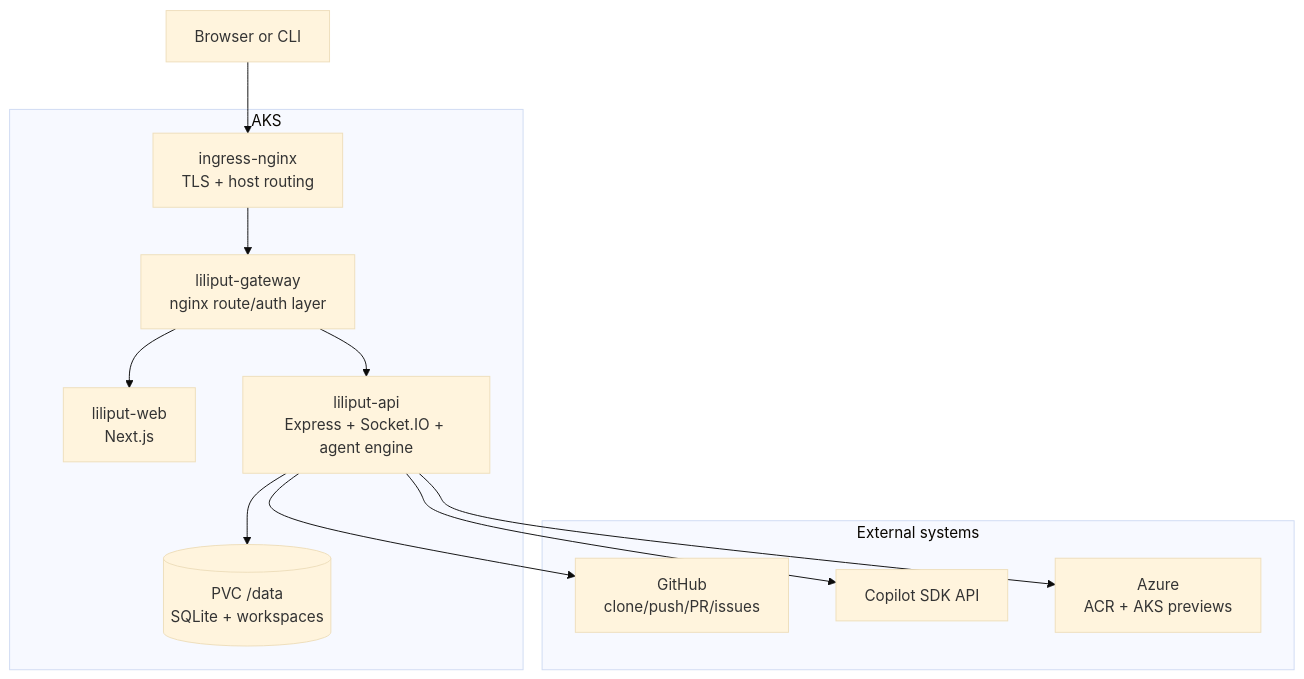
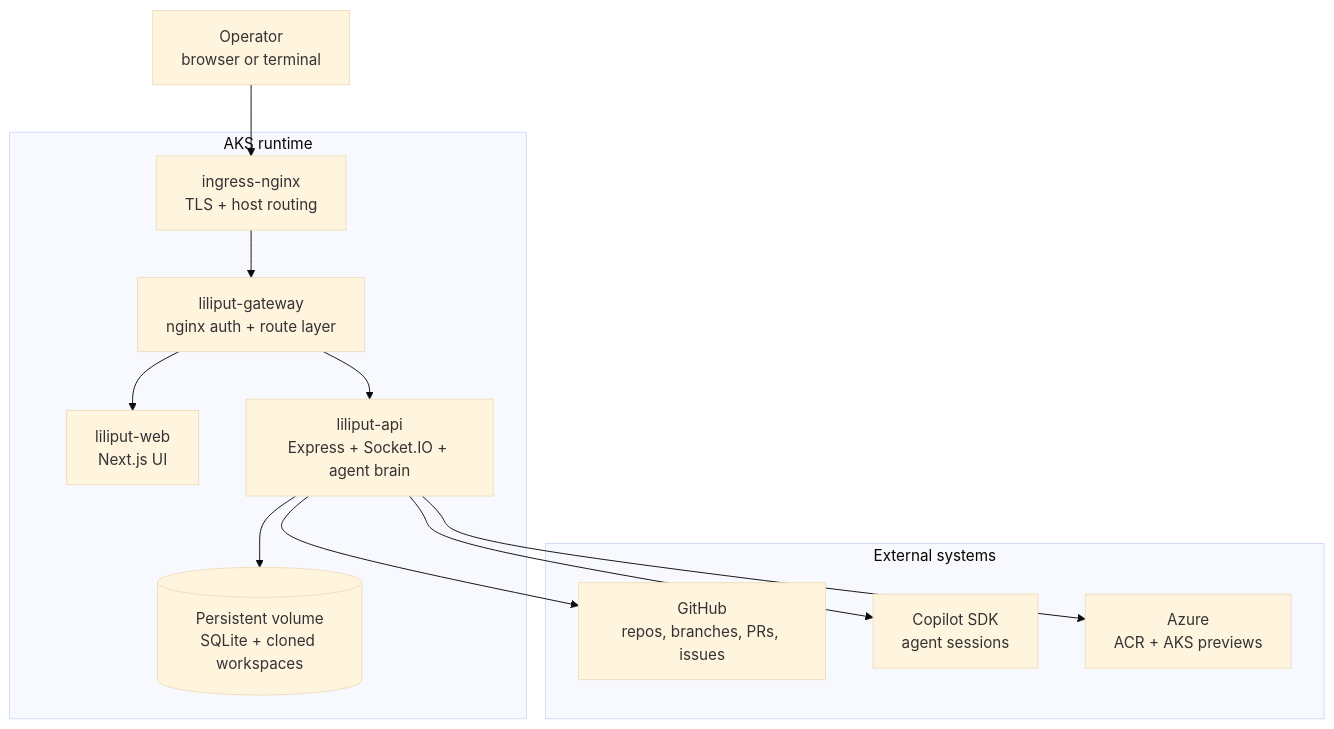
The fourth of 5 diagrams in README.md (crgarcia12/Liliput), drawn with Mermaid (base theme) before and after one commit. The commit also changed other lines of this file, not shown here.

````diff
--- a/README.md
+++ b/README.md
@@ -122,26 +220,26 @@
 ```mermaid
 flowchart TB
-    Browser["Browser or CLI"]
+    User["Operator<br/>browser or terminal"]
 
-    subgraph AKS["AKS"]
+    subgraph Cluster["AKS runtime"]
         Ingress["ingress-nginx<br/>TLS + host routing"]
-        Gateway["liliput-gateway<br/>nginx route/auth layer"]
-        Web["liliput-web<br/>Next.js"]
-        API["liliput-api<br/>Express + Socket.IO + agent engine"]
-        DB[("PVC /data<br/>SQLite + workspaces")]
+        Gateway["liliput-gateway<br/>nginx auth + route layer"]
+        Web["liliput-web<br/>Next.js UI"]
+        API["liliput-api<br/>Express + Socket.IO + agent brain"]
+        PVC[("Persistent volume<br/>SQLite + cloned workspaces")]
     end
 
-    subgraph External["External systems"]
-        GitHub["GitHub<br/>clone/push/PR/issues"]
-        Copilot["Copilot SDK API"]
+    subgraph Systems["External systems"]
+        Git["GitHub<br/>repos, branches, PRs, issues"]
+        SDK["Copilot SDK<br/>agent sessions"]
         Azure["Azure<br/>ACR + AKS previews"]
     end
 
-    Browser --> Ingress --> Gateway
+    User --> Ingress --> Gateway
     Gateway --> Web
     Gateway --> API
-    API --> DB
-    API --> GitHub
-    API --> Copilot
+    API --> PVC
+    API --> Git
+    API --> SDK
     API --> Azure
 ```
````
